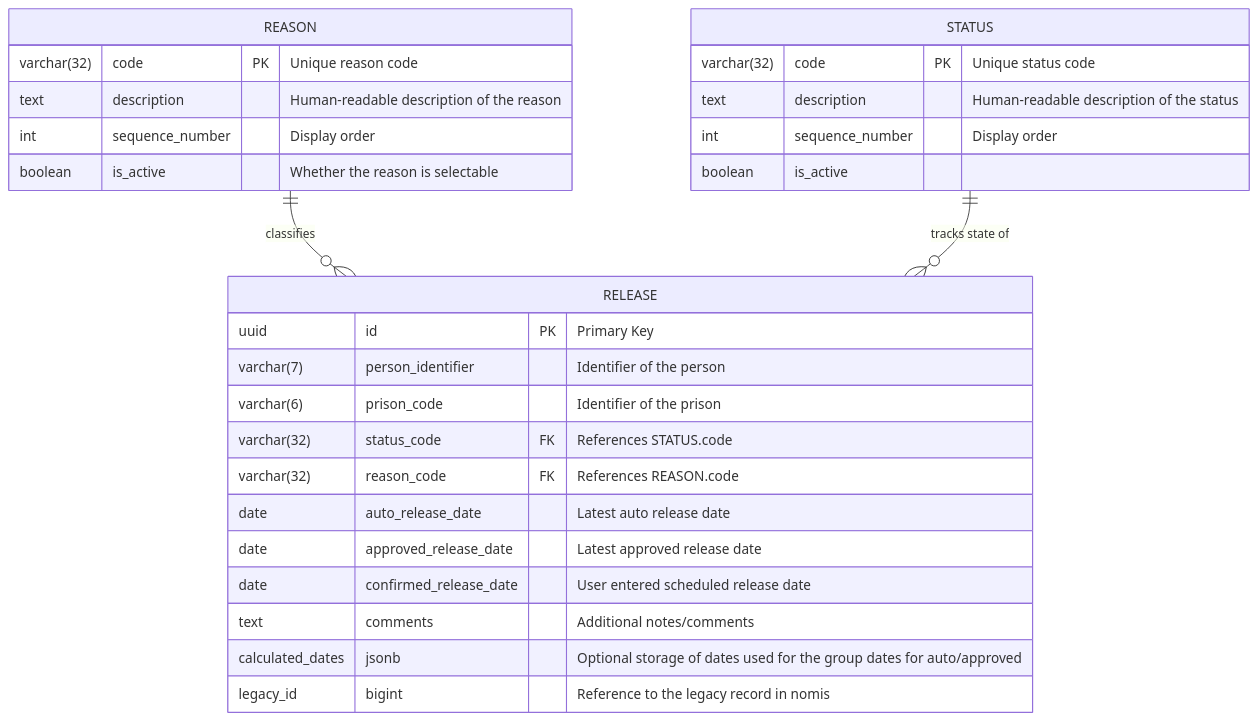
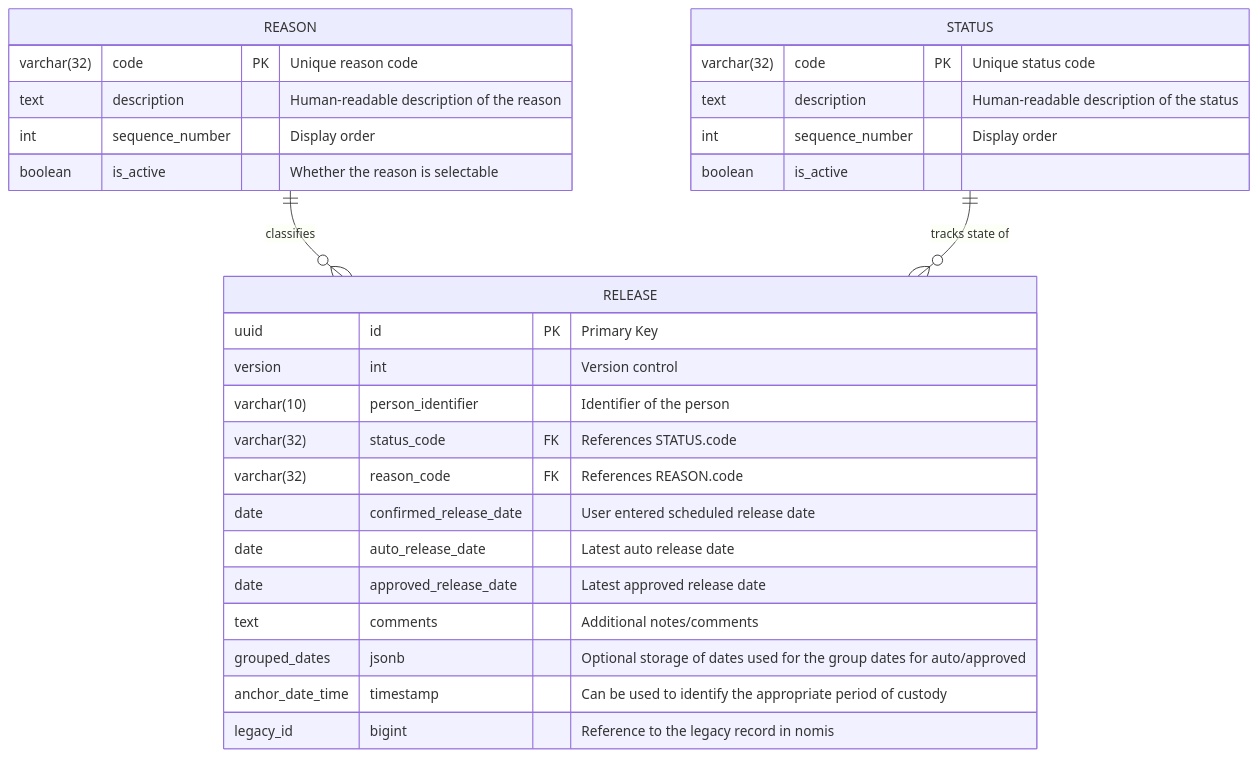
Before and after one commit to ministryofjustice/hmpps-release-scheduler-api: the diagram in erd.mermaid, drawn with Mermaid. The commit also changed 12 other files, not shown here.

```diff
--- a/erd.mermaid
+++ b/erd.mermaid
@@ -1,31 +1,32 @@
 erDiagram
     RELEASE {
         uuid id PK "Primary Key"
-        varchar(7) person_identifier "Identifier of the person"
-        varchar(6) prison_code "Identifier of the prison"
+        version int "Version control"
+        varchar(10) person_identifier "Identifier of the person"
         varchar(32) status_code FK "References STATUS.code"
         varchar(32) reason_code FK "References REASON.code"
+        date confirmed_release_date "User entered scheduled release date"
         date auto_release_date "Latest auto release date"
         date approved_release_date "Latest approved release date"
-        date confirmed_release_date "User entered scheduled release date"
         text comments "Additional notes/comments"
-        calculated_dates jsonb "Optional storage of dates used for the group dates for auto/approved"
+        grouped_dates jsonb "Optional storage of dates used for the group dates for auto/approved"
+        anchor_date_time timestamp "Can be used to identify the appropriate period of custody"
         legacy_id bigint "Reference to the legacy record in nomis"
     }
 
     REASON {
         varchar(32) code PK "Unique reason code"
         text description "Human-readable description of the reason"
         int sequence_number "Display order"
         boolean is_active "Whether the reason is selectable"
     }
 
     STATUS {
         varchar(32) code PK "Unique status code"
         text description "Human-readable description of the status"
         int sequence_number "Display order"
         boolean is_active
     }
 
     REASON ||--o{ RELEASE : "classifies"
     STATUS ||--o{ RELEASE : "tracks state of"
```
